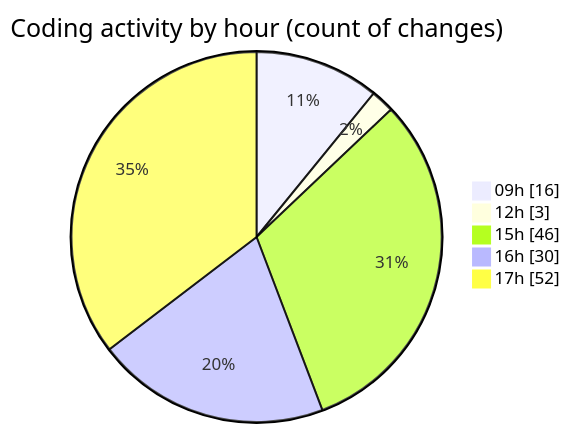
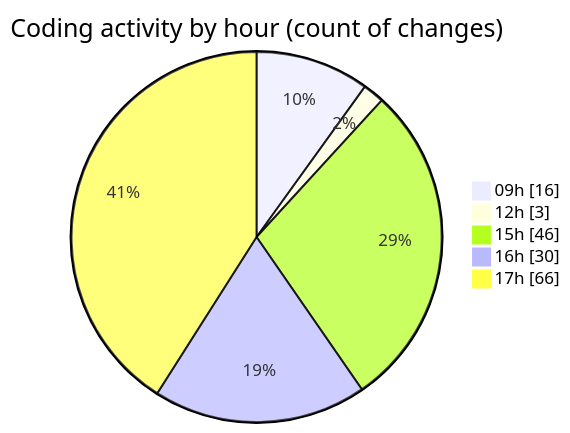
One commit to momahboobian/code-tracking changed the second of 2 diagrams in 2025-07-08/cda/README.md. Above: the diagram before and after it, drawn with Mermaid. The commit also changed other lines of this file and 1 other file, not shown here.

````diff
--- a/2025-07-08/cda/README.md
+++ b/2025-07-08/cda/README.md
@@ -57,9 +57,9 @@
 ```mermaid
 pie showData
 title Coding activity by hour (count of changes)
 "09h" : 16
 "12h" : 3
 "15h" : 46
 "16h" : 30
-"17h" : 52
+"17h" : 66
 ```
````
